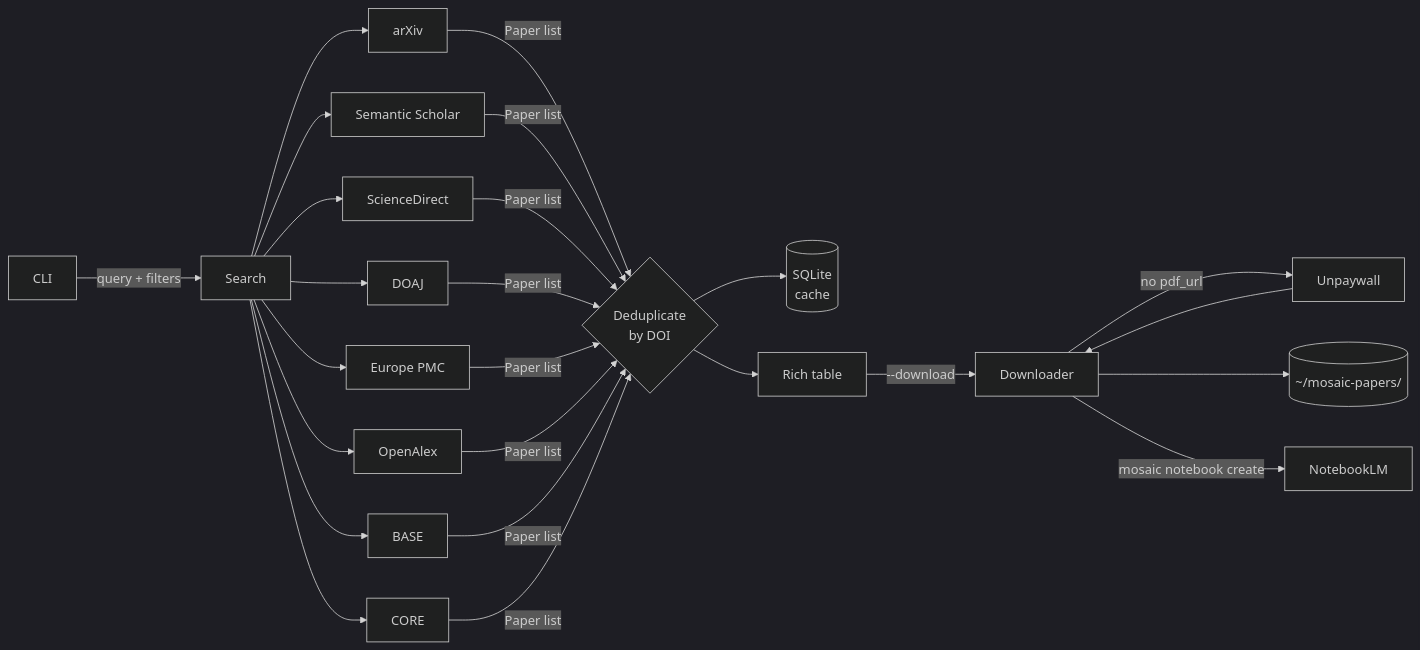
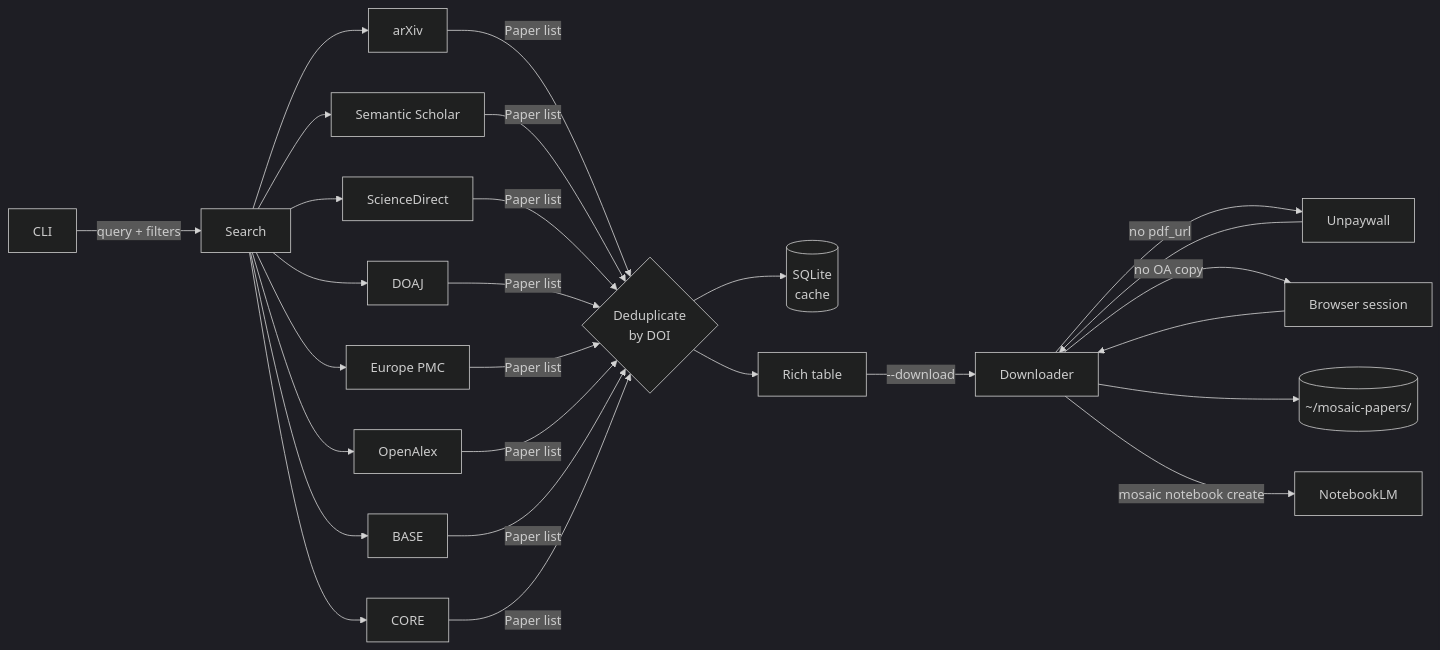
The diagram in README.md (szaghi/mosaic), drawn with Mermaid (dark theme) before and after one commit. The commit also changed other lines of this file and 14 other files, not shown here.

First line of the commit message:
feat(auth): add browser session management and authenticated PDF download

````diff
--- a/README.md
+++ b/README.md
@@ -228,13 +229,15 @@
 ```mermaid
 flowchart LR
     CLI -->|query + filters| Search
     Search --> arXiv & SS[Semantic Scholar] & SD[ScienceDirect] & DOAJ & EPMC[Europe PMC] & OA[OpenAlex] & BASE & CORE
     arXiv & SS & SD & DOAJ & EPMC & OA & BASE & CORE -->|Paper list| Dedup{Deduplicate\nby DOI}
     Dedup --> Cache[(SQLite\ncache)]
     Dedup --> Table[Rich table]
     Table -->|--download| DL[Downloader]
     DL -->|no pdf_url| UPW[Unpaywall]
     UPW --> DL
+    DL -->|no OA copy| AUTH[Browser session]
+    AUTH --> DL
     DL --> Disk[(~/mosaic-papers/)]
     DL -->|mosaic notebook create| NLM[NotebookLM]
 ```
````
